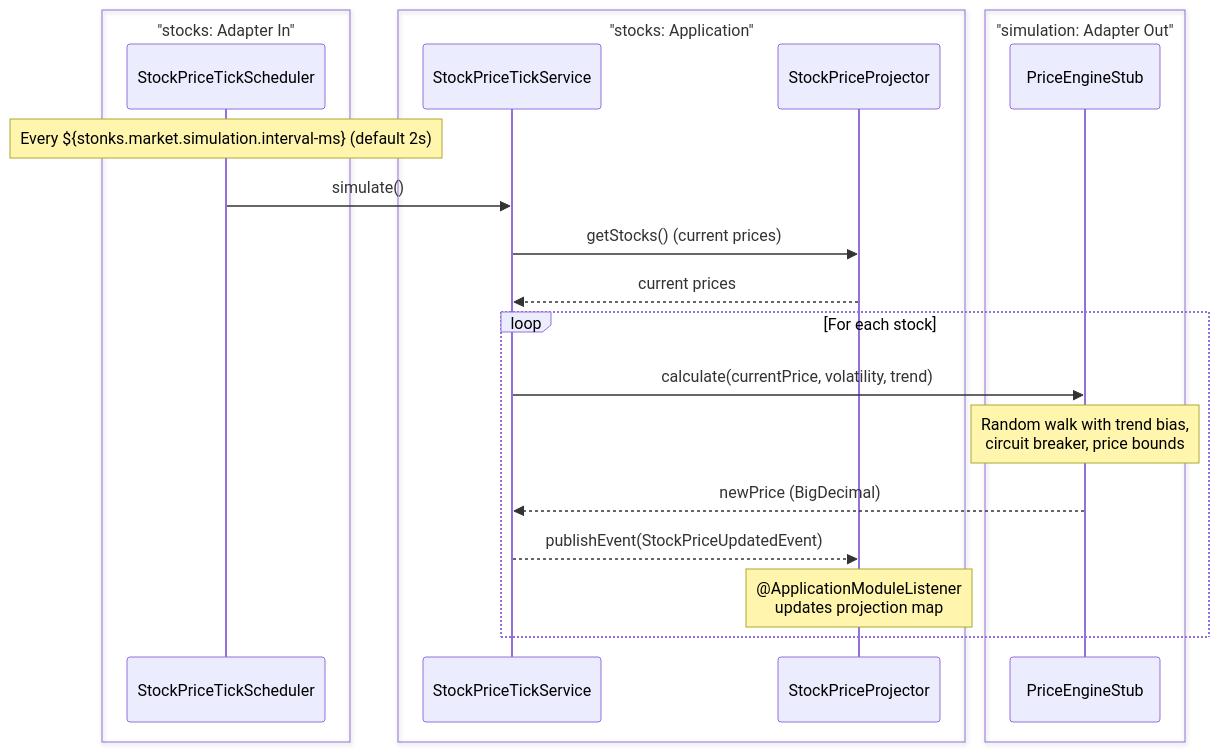
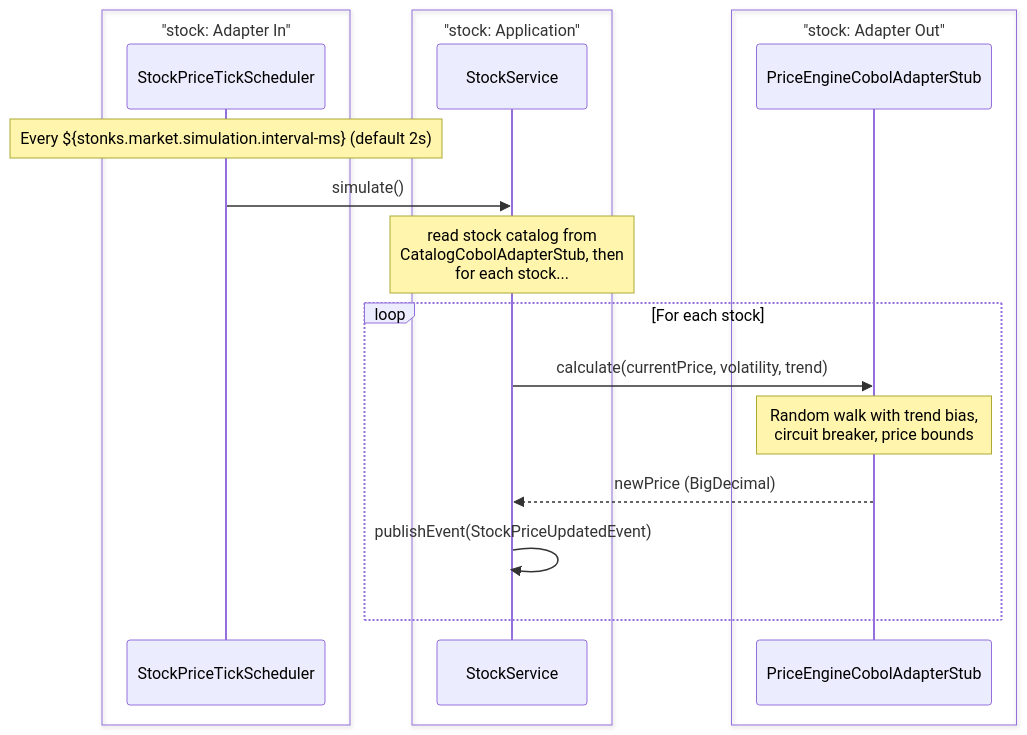
The seventh of 7 diagrams in stonks_java/README.md (franBec/stonks-simulator), drawn with Mermaid before and after one commit. The commit also changed other lines of this file and 86 other files, not shown here.

First line of the commit message:
Refactor: unify simulation into stocks, rename classes, standardize naming

````diff
--- a/stonks_java/README.md
+++ b/stonks_java/README.md
@@ -226,25 +219,22 @@
 ```mermaid
 sequenceDiagram
-    box "stocks: Adapter In"
+    box "stock: Adapter In"
     participant Sched as StockPriceTickScheduler
     end
-    box "stocks: Application"
-    participant SC as StockPriceTickService
-    participant SPP as StockPriceProjector
+    box "stock: Application"
+    participant SS as StockService
     end
-    box "simulation: Adapter Out"
-    participant PES as PriceEngineStub
+    box "stock: Adapter Out"
+    participant PES as PriceEngineCobolAdapterStub
     end
 
     Note over Sched: Every ${stonks.market.simulation.interval-ms} (default 2s)
-    Sched->>SC: simulate()
-    SC->>SPP: getStocks() (current prices)
-    SPP-->>SC: current prices
+    Sched->>SS: simulate()
+    Note over SS: read stock catalog from<br/>CatalogCobolAdapterStub, then<br/>for each stock...
     loop For each stock
-        SC->>PES: calculate(currentPrice, volatility, trend)
+        SS->>PES: calculate(currentPrice, volatility, trend)
         Note over PES: Random walk with trend bias,<br/>circuit breaker, price bounds
-        PES-->>SC: newPrice (BigDecimal)
-        SC-->>SPP: publishEvent(StockPriceUpdatedEvent)
-        Note over SPP: @ApplicationModuleListener<br/>updates projection map
+        PES-->>SS: newPrice (BigDecimal)
+        SS->>SS: publishEvent(StockPriceUpdatedEvent)
     end
 ```
````
